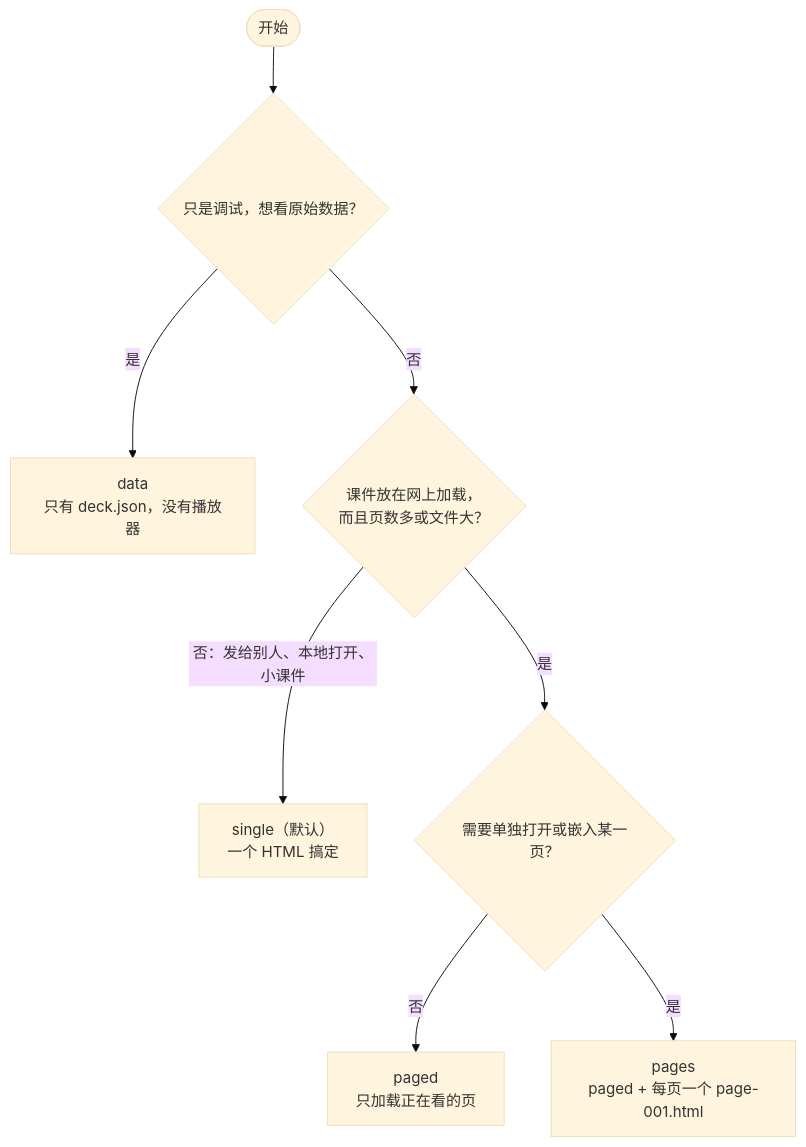
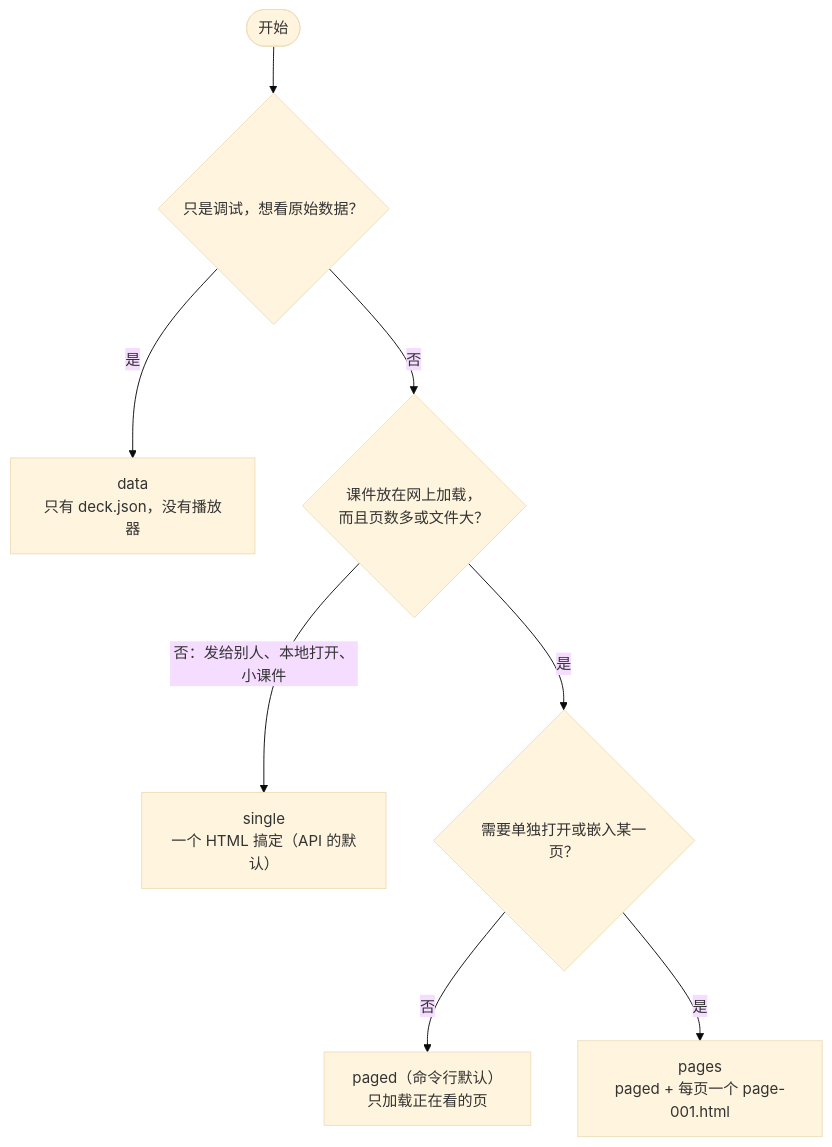
Before and after one commit to spitmaster/unppt: the first of 5 diagrams in docs/zh/usage.md, drawn with Mermaid (base theme). The commit also changed 20 other files, not shown here.

````diff
--- a/docs/zh/usage.md
+++ b/docs/zh/usage.md
@@ -15,10 +15,10 @@
 ```mermaid
 flowchart TD
   S(["开始"]) --> Q1{"只是调试，想看原始数据？"}
   Q1 -->|"是"| D["data<br/>只有 deck.json，没有播放器"]
   Q1 -->|"否"| Q2{"课件放在网上加载，<br/>而且页数多或文件大？"}
-  Q2 -->|"否：发给别人、本地打开、小课件"| SG["single（默认）<br/>一个 HTML 搞定"]
+  Q2 -->|"否：发给别人、本地打开、小课件"| SG["single<br/>一个 HTML 搞定（API 的默认）"]
   Q2 -->|"是"| Q3{"需要单独打开或嵌入某一页？"}
-  Q3 -->|"否"| PG["paged<br/>只加载正在看的页"]
+  Q3 -->|"否"| PG["paged（命令行默认）<br/>只加载正在看的页"]
   Q3 -->|"是"| PS["pages<br/>paged + 每页一个 page-001.html"]
 ```
````
